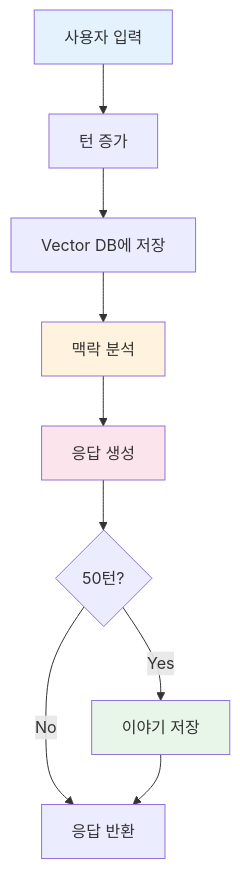
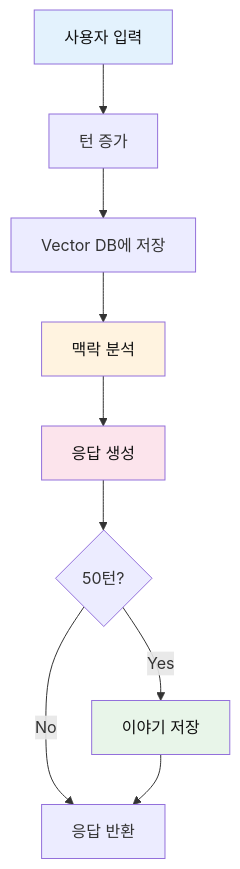
Before and after one commit to Collegenie-X/AIMakerLab_Web: diagram 11 of 23 in documents/6차식/6차시_고등_대화형스토리Agent_역공부.md, drawn with Mermaid. The commit also changed other lines of this file and 24 other files, not shown here.

````diff
--- a/documents/6차식/6차시_고등_대화형스토리Agent_역공부.md
+++ b/documents/6차식/6차시_고등_대화형스토리Agent_역공부.md
@@ -630,16 +913,16 @@
 ```mermaid
 graph TD
     A[사용자 입력] --> B[턴 증가]
     B --> C[Vector DB에 저장]
     C --> D[맥락 분석]
     D --> E[응답 생성]
     E --> F{50턴?}
     F -->|Yes| G[이야기 저장]
     F -->|No| H[응답 반환]
     G --> H
     
-    style A fill:#e3f2fd
-    style D fill:#fff3e0
-    style E fill:#fce4ec
-    style G fill:#e8f5e9
+    style A fill:#e3f2fd,color:#111
+    style D fill:#fff3e0,color:#111
+    style E fill:#fce4ec,color:#111
+    style G fill:#e8f5e9,color:#111
 ```
````
